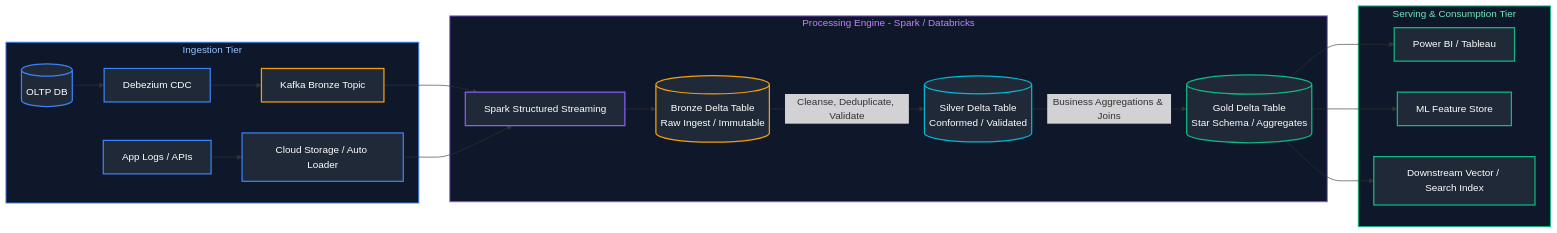
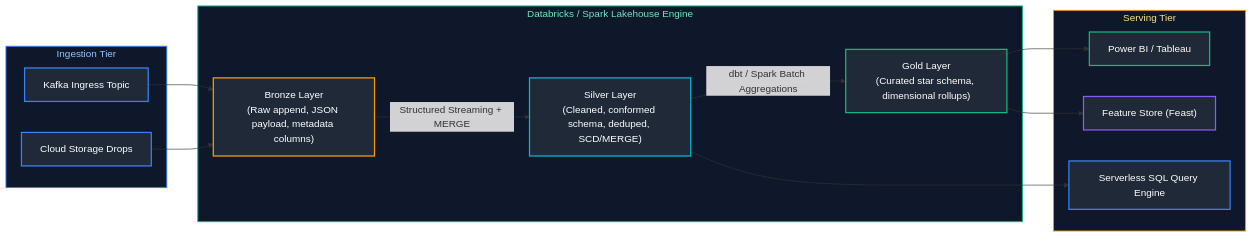
Before and after one commit to joydeep-biswas/Interview-Preparation: the third of 8 diagrams in Data Engineering/15_system_design_for_data_engineering.md, drawn with Mermaid. The commit also changed other lines of this file and 113 other files, not shown here.

````diff
--- a/Data Engineering/15_system_design_for_data_engineering.md
+++ b/Data Engineering/15_system_design_for_data_engineering.md
@@ -70,38 +230,36 @@
 ```mermaid
 flowchart LR
     subgraph Ingestion ["Ingestion Tier"]
-        RDBMS[(OLTP DB)] --> Debezium[Debezium CDC]
-        Debezium --> KafkaTopic[Kafka Bronze Topic]
-        Logs[App Logs / APIs] --> AutoLoader[Cloud Storage / Auto Loader]
+        KafkaTopic[Kafka Ingress Topic]
+        BlobStore[Cloud Storage Drops]
     end
 
-    subgraph ProcessingEngine ["Processing Engine - Spark / Databricks"]
-        KafkaTopic --> StructuredStreaming[Spark Structured Streaming]
-        AutoLoader --> StructuredStreaming
-        StructuredStreaming --> BronzeTable[(Bronze Delta Table\nRaw Ingest / Immutable)]
-        BronzeTable -- Cleanse, Deduplicate, Validate --> SilverTable[(Silver Delta Table\nConformed / Validated)]
-        SilverTable -- Business Aggregations & Joins --> GoldTable[(Gold Delta Table\nStar Schema / Aggregates)]
+    subgraph MedallionLakehouse ["Databricks / Spark Lakehouse Engine"]
+        Bronze["Bronze Layer<br/>(Raw append, JSON payload, metadata columns)"]
+        Silver["Silver Layer<br/>(Cleaned, conformed schema, deduped, SCD/MERGE)"]
+        Gold["Gold Layer<br/>(Curated star schema, dimensional rollups)"]
+
+        KafkaTopic --> Bronze
+        BlobStore --> Bronze
+        Bronze -->|"Structured Streaming + MERGE"| Silver
+        Silver -->|"dbt / Spark Batch Aggregations"| Gold
     end
 
-    subgraph ServingConsumption ["Serving & Consumption Tier"]
-        GoldTable --> BI[Power BI / Tableau]
-        GoldTable --> FeatureStore[ML Feature Store]
-        GoldTable --> VectorSearch[Downstream Vector / Search Index]
+    subgraph Consumption ["Serving Tier"]
+        Gold --> BI["Power BI / Tableau"]
+        Gold --> ML["Feature Store (Feast)"]
+        Silver --> SQLDW["Serverless SQL Query Engine"]
     end
 
     style Ingestion fill:#0f172a,stroke:#3b82f6,stroke-width:1.5px,color:#93c5fd
-    style ProcessingEngine fill:#0f172a,stroke:#8b5cf6,stroke-width:1.5px,color:#c084fc
-    style ServingConsumption fill:#0f172a,stroke:#10b981,stroke-width:1.5px,color:#6ee7b7
-    style RDBMS fill:#1f2937,stroke:#3b82f6,stroke-width:2px,color:#fff
-    style Debezium fill:#1f2937,stroke:#3b82f6,stroke-width:2px,color:#fff
-    style KafkaTopic fill:#1f2937,stroke:#f59e0b,stroke-width:2px,color:#fff
-    style Logs fill:#1f2937,stroke:#3b82f6,stroke-width:2px,color:#fff
-    style AutoLoader fill:#1f2937,stroke:#3b82f6,stroke-width:2px,color:#fff
-    style StructuredStreaming fill:#1f2937,stroke:#8b5cf6,stroke-width:2px,color:#fff
-    style BronzeTable fill:#1f2937,stroke:#f59e0b,stroke-width:2px,color:#fff
-    style SilverTable fill:#1f2937,stroke:#06b6d4,stroke-width:2px,color:#fff
-    style GoldTable fill:#1f2937,stroke:#10b981,stroke-width:2px,color:#fff
+    style MedallionLakehouse fill:#0f172a,stroke:#10b981,stroke-width:1.5px,color:#6ee7b7
+    style Consumption fill:#0f172a,stroke:#f59e0b,stroke-width:1.5px,color:#fde68a
+    style KafkaTopic fill:#1f2937,stroke:#3b82f6,stroke-width:2px,color:#fff
+    style BlobStore fill:#1f2937,stroke:#3b82f6,stroke-width:2px,color:#fff
+    style Bronze fill:#1f2937,stroke:#f59e0b,stroke-width:2px,color:#fff
+    style Silver fill:#1f2937,stroke:#06b6d4,stroke-width:2px,color:#fff
+    style Gold fill:#1f2937,stroke:#10b981,stroke-width:2px,color:#fff
     style BI fill:#1f2937,stroke:#10b981,stroke-width:2px,color:#fff
-    style FeatureStore fill:#1f2937,stroke:#10b981,stroke-width:2px,color:#fff
-    style VectorSearch fill:#1f2937,stroke:#10b981,stroke-width:2px,color:#fff
+    style ML fill:#1f2937,stroke:#8b5cf6,stroke-width:2px,color:#fff
+    style SQLDW fill:#1f2937,stroke:#3b82f6,stroke-width:2px,color:#fff
 ```
````
